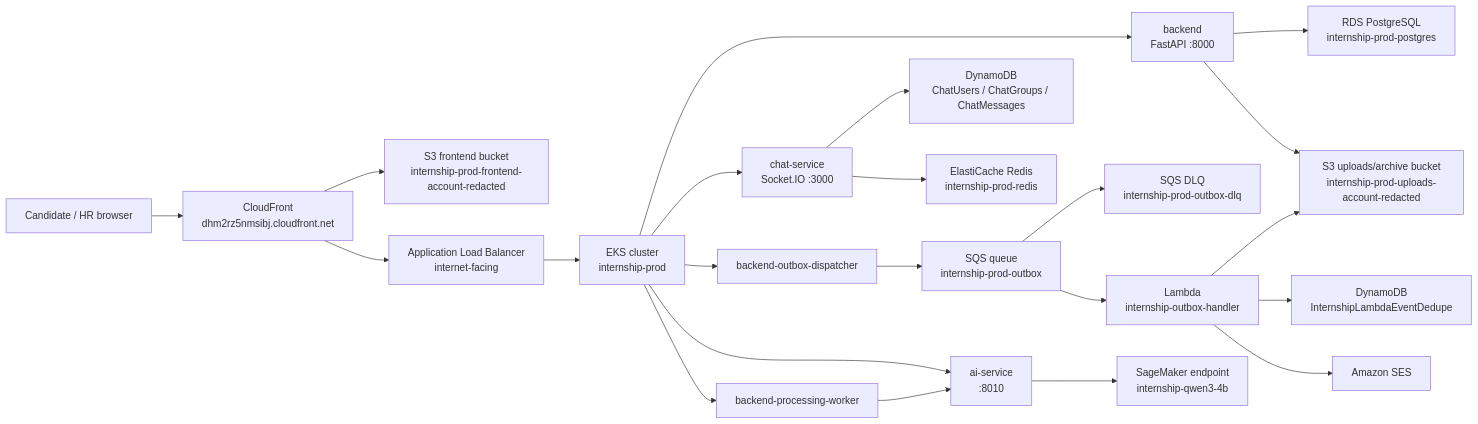
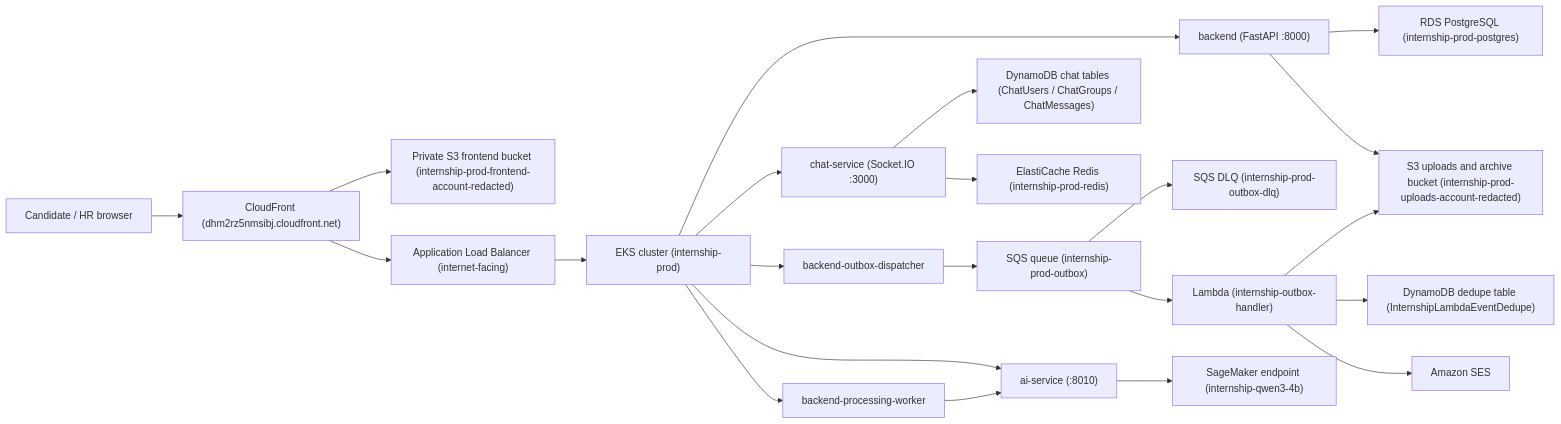
The first of 6 diagrams in content/5-Workshop/5.2-Architecture/_index.md (zKdKaidO/AWS_Report), drawn with Mermaid before and after one commit. The commit also changed other lines of this file and 23 other files, not shown here.

````diff
--- a/content/5-Workshop/5.2-Architecture/_index.md
+++ b/content/5-Workshop/5.2-Architecture/_index.md
@@ -33,45 +33,45 @@
-```mermaid
-flowchart LR
+{{< mermaid >}}
+graph LR
     User["Candidate / HR browser"]
-    CF["CloudFront<br/>dhm2rz5nmsibj.cloudfront.net"]
-    S3Frontend["S3 frontend bucket<br/>internship-prod-frontend-account-redacted"]
-    ALB["Application Load Balancer<br/>internet-facing"]
-    EKS["EKS cluster<br/>internship-prod"]
-    Backend["backend<br/>FastAPI :8000"]
-    Chat["chat-service<br/>Socket.IO :3000"]
+    CF["CloudFront (dhm2rz5nmsibj.cloudfront.net)"]
+    S3Frontend["Private S3 frontend bucket (internship-prod-frontend-account-redacted)"]
+    ALB["Application Load Balancer (internet-facing)"]
+    EKS["EKS cluster (internship-prod)"]
+    Backend["backend (FastAPI :8000)"]
+    Chat["chat-service (Socket.IO :3000)"]
     Dispatcher["backend-outbox-dispatcher"]
     Worker["backend-processing-worker"]
-    AI["ai-service<br/>:8010"]
-    RDS["RDS PostgreSQL<br/>internship-prod-postgres"]
-    DDB["DynamoDB<br/>ChatUsers / ChatGroups / ChatMessages"]
-    Redis["ElastiCache Redis<br/>internship-prod-redis"]
-    Uploads["S3 uploads/archive bucket<br/>internship-prod-uploads-account-redacted"]
-    SQS["SQS queue<br/>internship-prod-outbox"]
-    DLQ["SQS DLQ<br/>internship-prod-outbox-dlq"]
-    Lambda["Lambda<br/>internship-outbox-handler"]
-    Dedupe["DynamoDB<br/>InternshipLambdaEventDedupe"]
+    AI["ai-service (:8010)"]
+    RDS["RDS PostgreSQL (internship-prod-postgres)"]
+    DDB["DynamoDB chat tables (ChatUsers / ChatGroups / ChatMessages)"]
+    Redis["ElastiCache Redis (internship-prod-redis)"]
+    Uploads["S3 uploads and archive bucket (internship-prod-uploads-account-redacted)"]
+    SQS["SQS queue (internship-prod-outbox)"]
+    DLQ["SQS DLQ (internship-prod-outbox-dlq)"]
+    Lambda["Lambda (internship-outbox-handler)"]
+    Dedupe["DynamoDB dedupe table (InternshipLambdaEventDedupe)"]
     SES["Amazon SES"]
-    SM["SageMaker endpoint<br/>internship-qwen3-4b"]
+    SM["SageMaker endpoint (internship-qwen3-4b)"]
 
     User --> CF
     CF --> S3Frontend
     CF --> ALB
     ALB --> EKS
     EKS --> Backend
     EKS --> Chat
     EKS --> Dispatcher
     EKS --> Worker
     EKS --> AI
     Backend --> RDS
     Backend --> Uploads
     Chat --> DDB
     Chat --> Redis
     Worker --> AI
     AI --> SM
     Dispatcher --> SQS
     SQS --> Lambda
     SQS --> DLQ
     Lambda --> Dedupe
     Lambda --> Uploads
     Lambda --> SES
-```
+{{< /mermaid >}}
````
